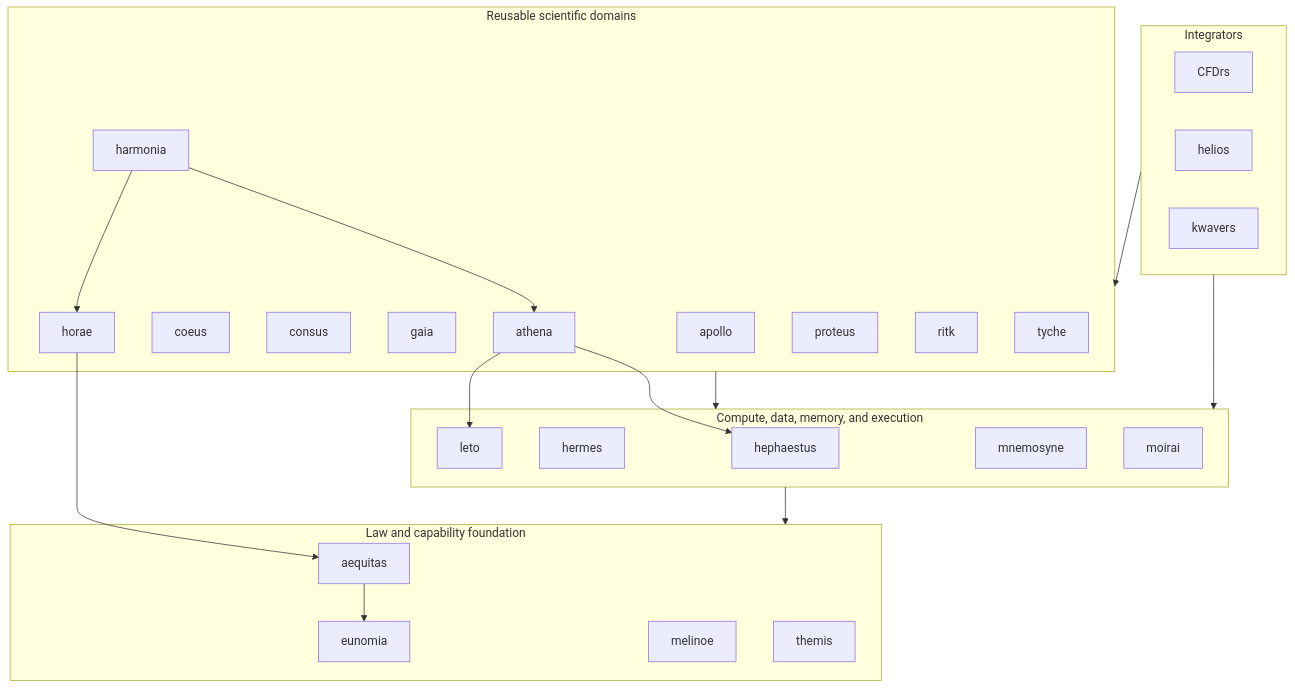
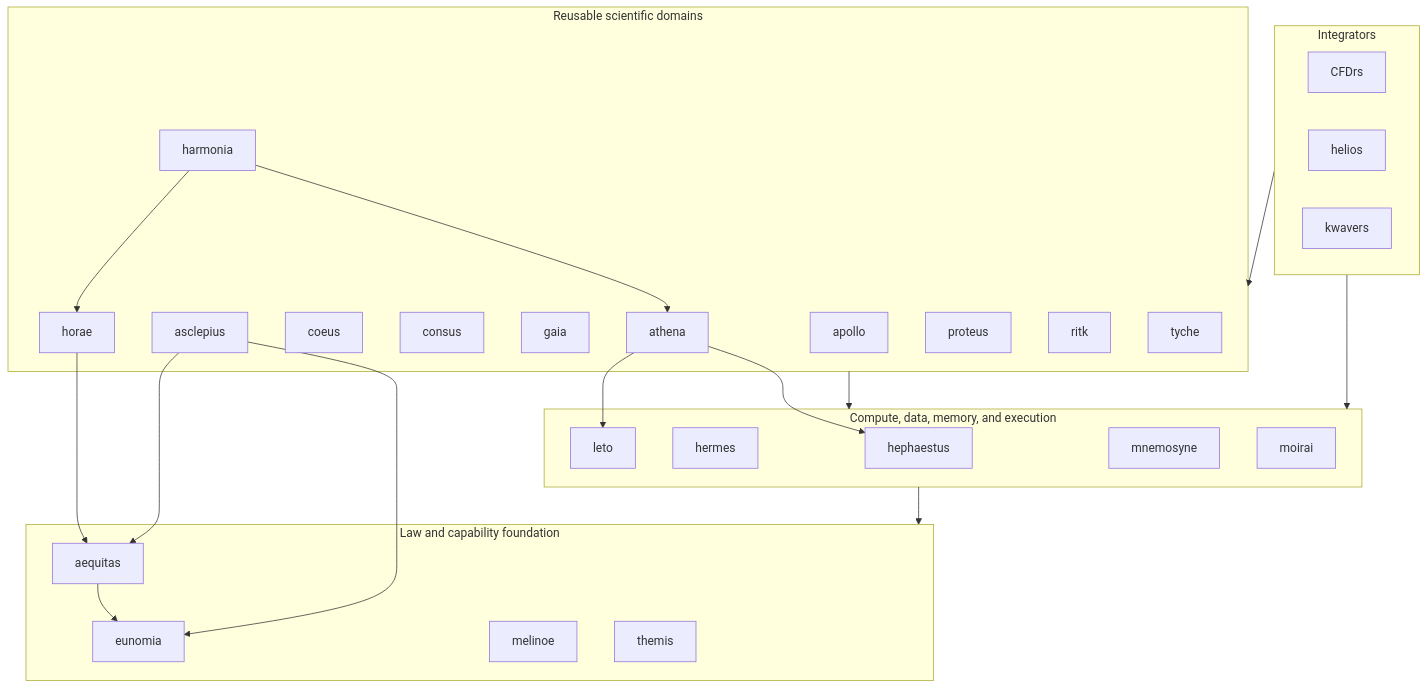
Before and after one commit to ryancinsight/atlas: the diagram in README.md, drawn with Mermaid. The commit also changed other lines of this file and 7 other files, not shown here.

````diff
--- a/README.md
+++ b/README.md
@@ -77,47 +78,50 @@
 ```mermaid
 flowchart TB
     subgraph Integrators
         CFDrs
         helios
         kwavers
     end
 
     subgraph Domains["Reusable scientific domains"]
         apollo
+        asclepius
         coeus
         consus
         gaia
         harmonia
         horae
         athena
         proteus
         ritk
         tyche
     end
 
     subgraph Compute["Compute, data, memory, and execution"]
         hephaestus
         hermes
         leto
         mnemosyne
         moirai
     end
 
     subgraph Foundation["Law and capability foundation"]
         aequitas
         eunomia
         melinoe
         themis
     end
 
     Integrators --> Domains
     Integrators --> Compute
     Domains --> Compute
     Compute --> Foundation
     aequitas --> eunomia
     horae --> aequitas
     athena --> leto
     athena --> hephaestus
     harmonia --> horae
     harmonia --> athena
+    asclepius --> aequitas
+    asclepius --> eunomia
 ```
````
